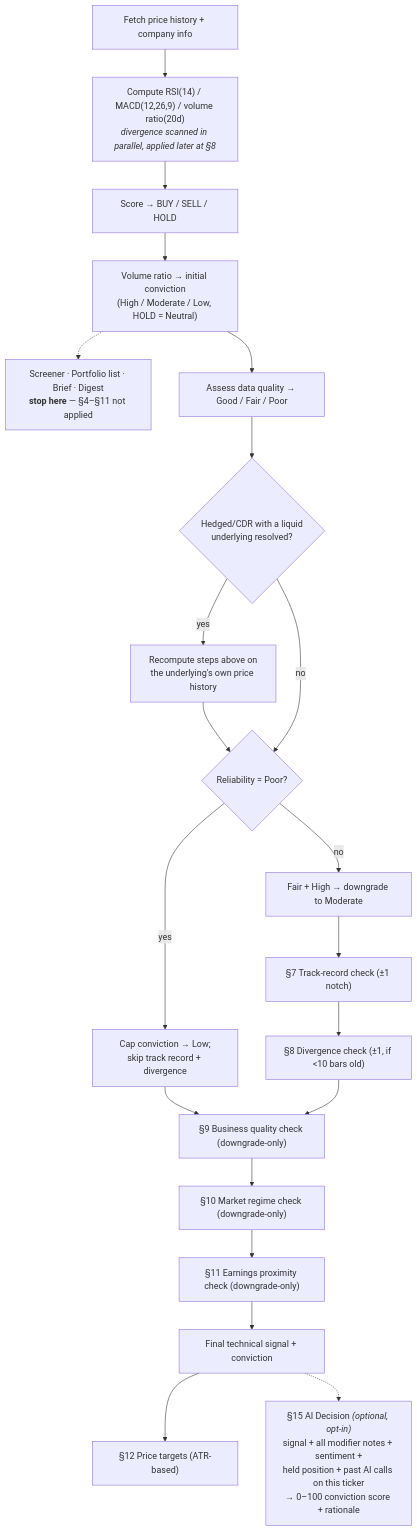
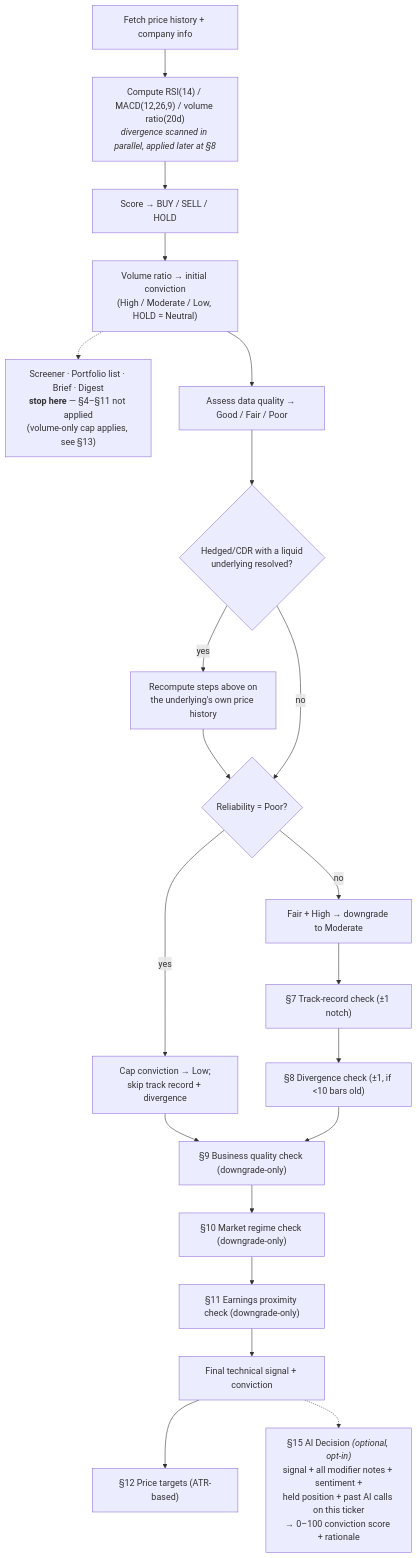
Before and after one commit to emayushp/Stock-Analyzer-backend: the diagram in DECISION_LOGIC.md, drawn with Mermaid. The commit also changed other lines of this file and 1 other file, not shown here.

````diff
--- a/DECISION_LOGIC.md
+++ b/DECISION_LOGIC.md
@@ -17,21 +17,21 @@
 ```mermaid
 flowchart TD
     A["Fetch price history + company info"] --> B["Compute RSI(14) / MACD(12,26,9) / volume ratio(20d)<br/><i>divergence scanned in parallel, applied later at §8</i>"]
     B --> C["Score → BUY / SELL / HOLD"]
     C --> D["Volume ratio → initial conviction<br/>(High / Moderate / Low, HOLD = Neutral)"]
-    D -.-> Z["Screener · Portfolio list · Brief · Digest<br/><b>stop here</b> — §4–§11 not applied"]
+    D -.-> Z["Screener · Portfolio list · Brief · Digest<br/><b>stop here</b> — §4–§11 not applied<br/>(volume-only cap applies, see §13)"]
     D --> E["Assess data quality → Good / Fair / Poor"]
     E --> F{"Hedged/CDR with a liquid<br/>underlying resolved?"}
     F -- yes --> F2["Recompute steps above on<br/>the underlying's own price history"] --> G
     F -- no --> G{"Reliability = Poor?"}
     G -- yes --> G2["Cap conviction → Low;<br/>skip track record + divergence"] --> K
     G -- no --> H["Fair + High → downgrade to Moderate"]
     H --> I["§7 Track-record check (±1 notch)"]
     I --> J["§8 Divergence check (±1, if <10 bars old)"]
     J --> K["§9 Business quality check (downgrade-only)"]
     K --> L["§10 Market regime check (downgrade-only)"]
     L --> M["§11 Earnings proximity check (downgrade-only)"]
     M --> N["Final technical signal + conviction"]
     N --> O["§12 Price targets (ATR-based)"]
     N -.-> P["§15 AI Decision <i>(optional, opt-in)</i><br/>signal + all modifier notes + sentiment +<br/>held position + past AI calls on this ticker<br/>→ 0–100 conviction score + rationale"]
 ```
````
